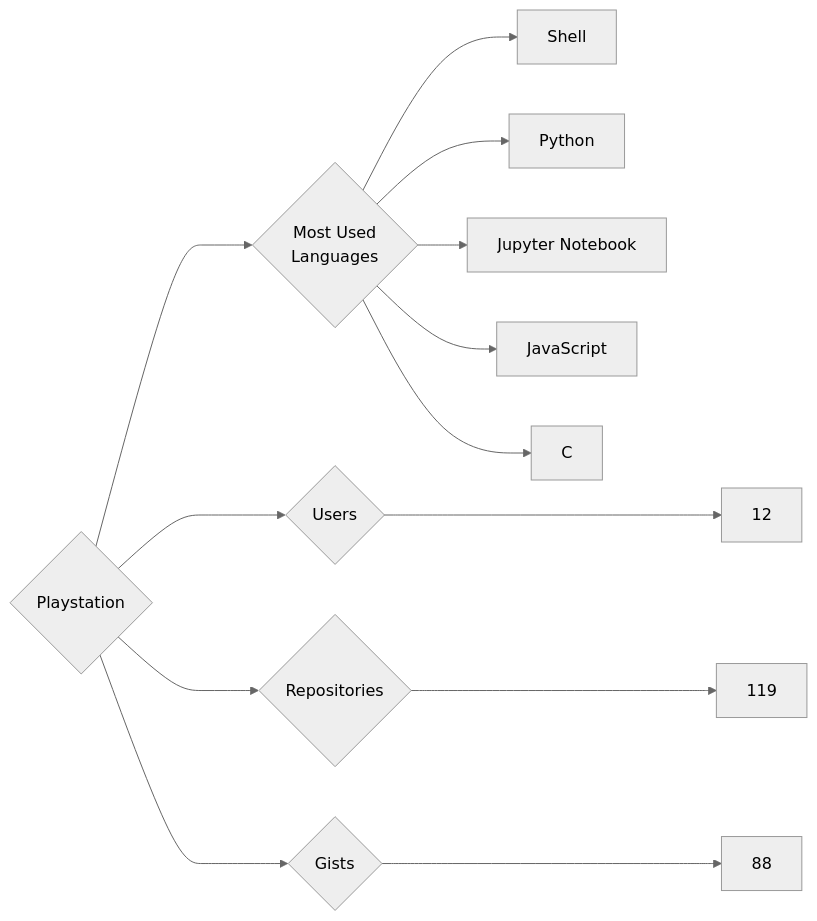
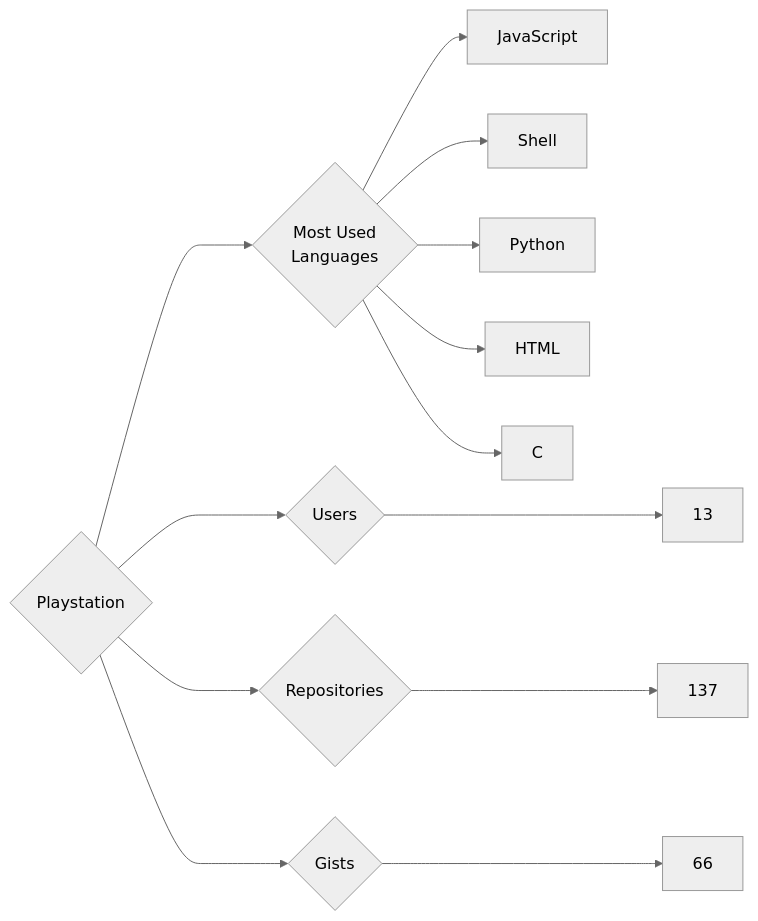
Before and after one commit to trickest/insiders: the diagram in targets/Playstation/README.md, drawn with Mermaid (neutral theme). The commit also changed 773 other files, not shown here.

````diff
--- a/targets/Playstation/README.md
+++ b/targets/Playstation/README.md
@@ -3,13 +3,13 @@
 ```mermaid
 graph LR
 COMPANY_NAME{Playstation}
-COMPANY_NAME ---> U{Users} ---> UN[12]
-COMPANY_NAME ---> R{Repositories} ---> RN[119]
-COMPANY_NAME ---> G{Gists} ---> GN[88]
+COMPANY_NAME ---> U{Users} ---> UN[13]
+COMPANY_NAME ---> R{Repositories} ---> RN[137]
+COMPANY_NAME ---> G{Gists} ---> GN[66]
 COMPANY_NAME ---> ML{Most Used<br>Languages}
+ML --> JavaScript[JavaScript]
 ML --> Shell[Shell]
 ML --> Python[Python]
-ML --> Jupyter_Notebook[Jupyter Notebook]
-ML --> JavaScript[JavaScript]
+ML --> HTML[HTML]
 ML --> C[C]
 ```
````
